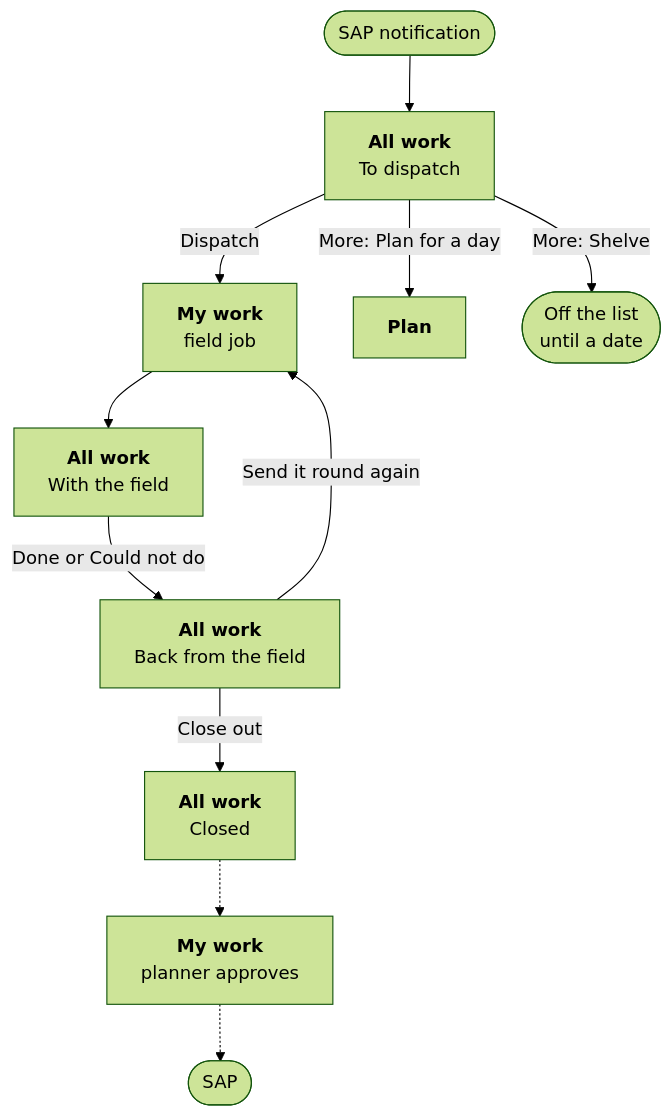
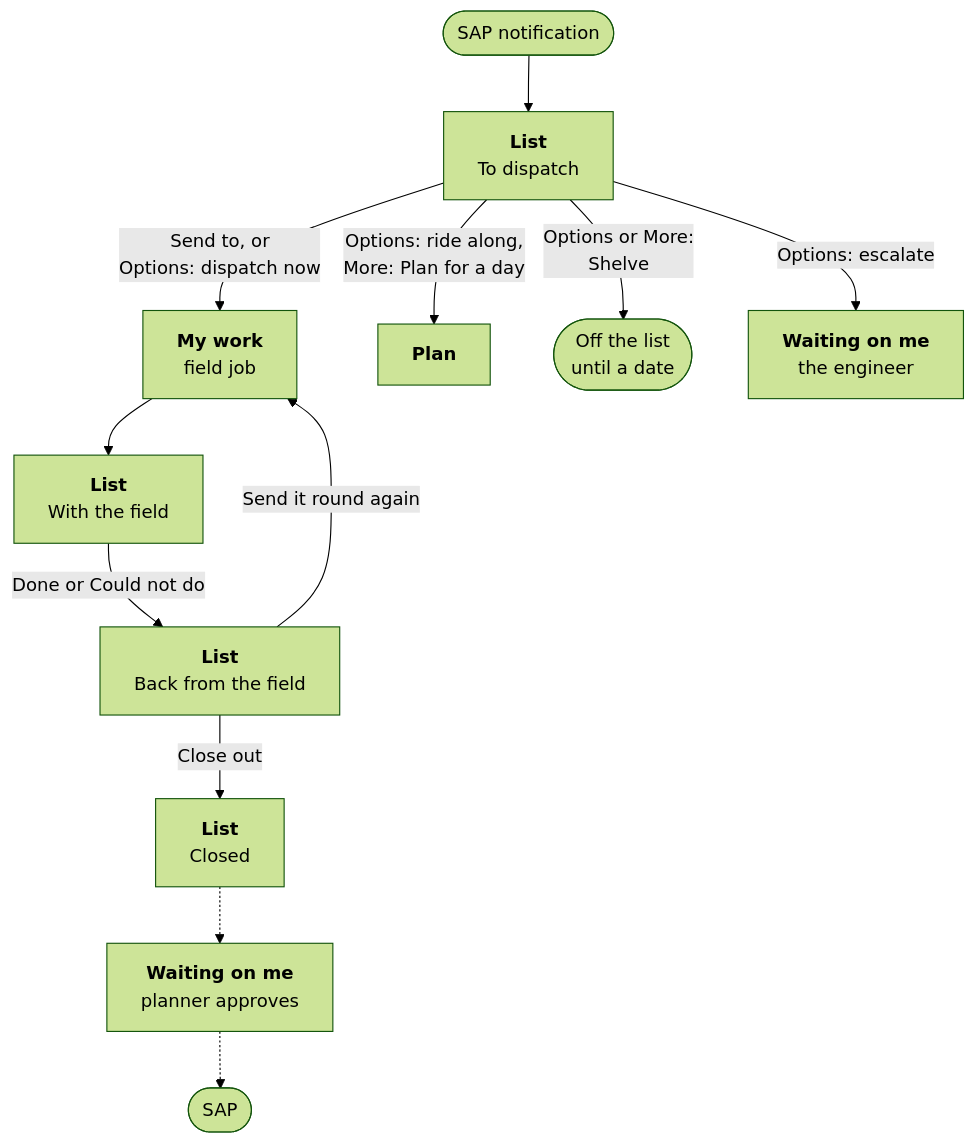
One commit to areed145/fuzer changed the second of 5 diagrams in docs/work-map.md. Above: the diagram before and after it, drawn with Mermaid (forest theme). The commit also changed other lines of this file and 12 other files, not shown here.

First line of the commit message:
Docs: every source of work, and how each is matched, routed, dispatched and closed

````diff
--- a/docs/work-map.md
+++ b/docs/work-map.md
@@ -110,12 +110,13 @@
 ```mermaid
 flowchart TB
-  a(["SAP notification"]) --> b["<b>All work</b><br>To dispatch"]
-  b -->|Dispatch| c["<b>My work</b><br>field job"]
-  b -->|"More: Plan for a day"| p["<b>Plan</b>"]
-  b -->|"More: Shelve"| s(["Off the list<br>until a date"])
-  c --> d["<b>All work</b><br>With the field"]
-  d -->|"Done or Could not do"| e["<b>All work</b><br>Back from the field"]
-  e -->|"Close out"| f["<b>All work</b><br>Closed"]
+  a(["SAP notification"]) --> b["<b>List</b><br>To dispatch"]
+  b -->|"Send to, or<br>Options: dispatch now"| c["<b>My work</b><br>field job"]
+  b -->|"Options: ride along,<br>More: Plan for a day"| p["<b>Plan</b>"]
+  b -->|"Options or More:<br>Shelve"| s(["Off the list<br>until a date"])
+  b -->|"Options: escalate"| x["<b>Waiting on me</b><br>the engineer"]
+  c --> d["<b>List</b><br>With the field"]
+  d -->|"Done or Could not do"| e["<b>List</b><br>Back from the field"]
+  e -->|"Close out"| f["<b>List</b><br>Closed"]
   e -->|"Send it round again"| c
-  f -.-> g["<b>My work</b><br>planner approves"] -.-> h(["SAP"])
+  f -.-> g["<b>Waiting on me</b><br>planner approves"] -.-> h(["SAP"])
 ```
````
